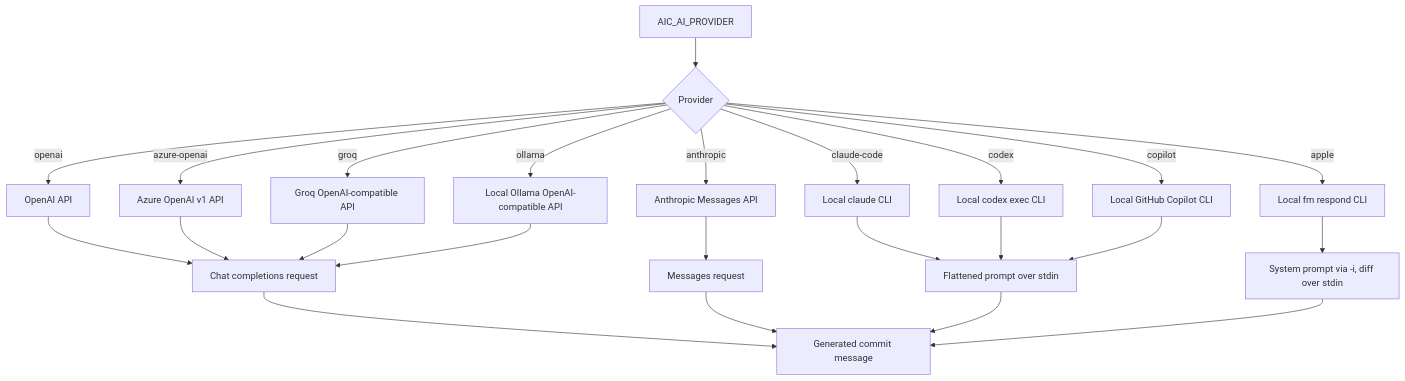
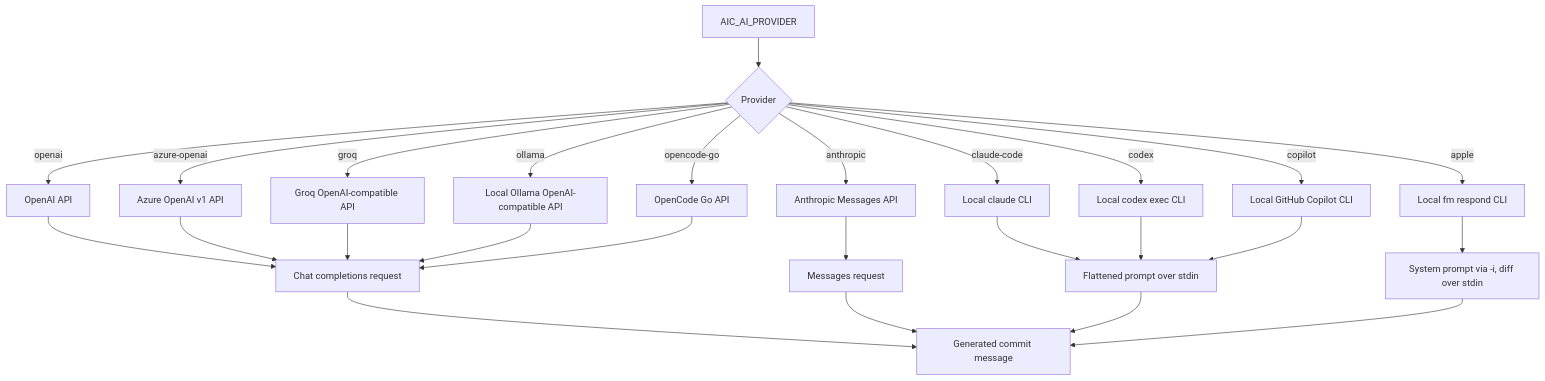
One commit to BUR4KBEY/aicommit changed the diagram in docs/providers.md. Above: the diagram before and after it, drawn with Mermaid. The commit also changed other lines of this file and 5 other files, not shown here.

First line of the commit message:
docs: document the opencode-go provider

````diff
--- a/docs/providers.md
+++ b/docs/providers.md
@@ -25,26 +30,28 @@
 ```mermaid
 flowchart TD
     Config["AIC_AI_PROVIDER"] --> Provider{"Provider"}
     Provider -->|openai| OpenAI["OpenAI API"]
     Provider -->|azure-openai| Azure["Azure OpenAI v1 API"]
     Provider -->|anthropic| Anthropic["Anthropic Messages API"]
     Provider -->|groq| Groq["Groq OpenAI-compatible API"]
     Provider -->|ollama| Ollama["Local Ollama OpenAI-compatible API"]
+    Provider -->|opencode-go| OpenCodeGo["OpenCode Go API"]
     Provider -->|claude-code| Claude["Local claude CLI"]
     Provider -->|codex| Codex["Local codex exec CLI"]
     Provider -->|copilot| Copilot["Local GitHub Copilot CLI"]
     Provider -->|apple| Apple["Local fm respond CLI"]
     OpenAI --> Chat["Chat completions request"]
     Azure --> Chat
     Groq --> Chat
     Ollama --> Chat
     Anthropic --> Messages["Messages request"]
+    OpenCodeGo --> Chat
     Claude --> Prompt["Flattened prompt over stdin"]
     Codex --> Prompt
     Copilot --> Prompt
     Apple --> Instructions["System prompt via -i, diff over stdin"]
     Chat --> Result["Generated commit message"]
     Messages --> Result
     Prompt --> Result
     Instructions --> Result
 ```
````
